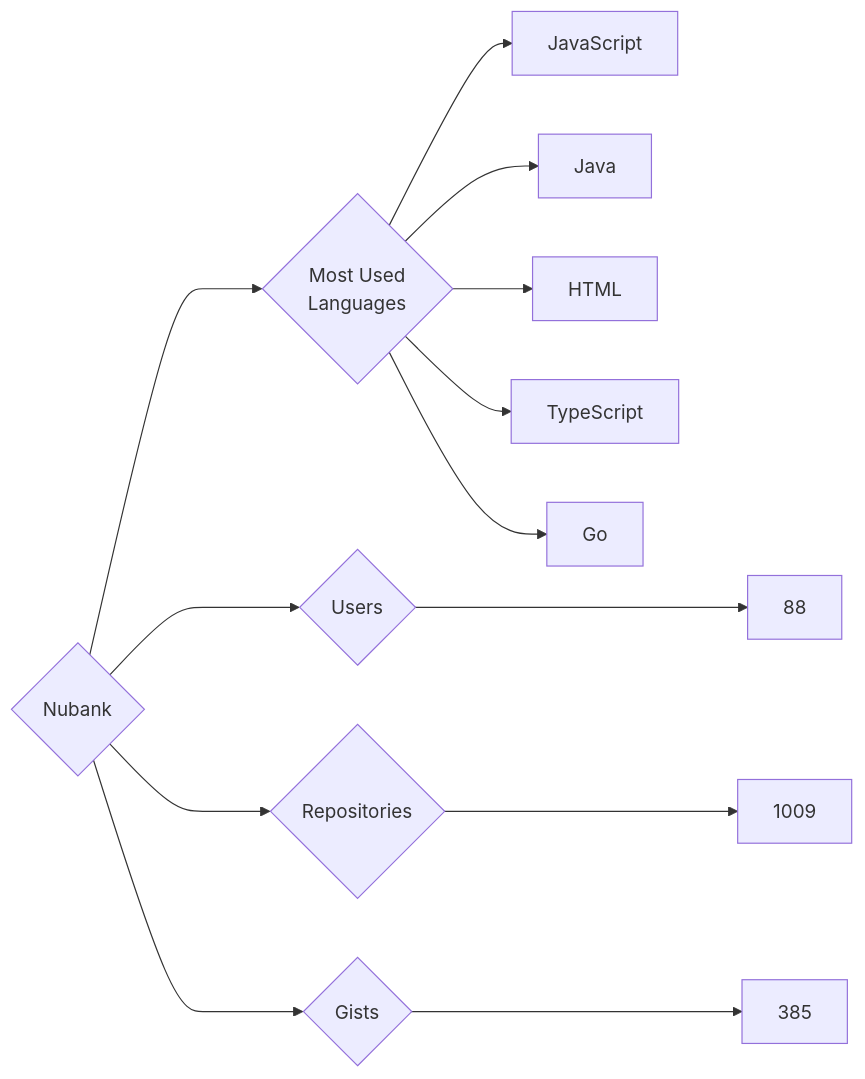
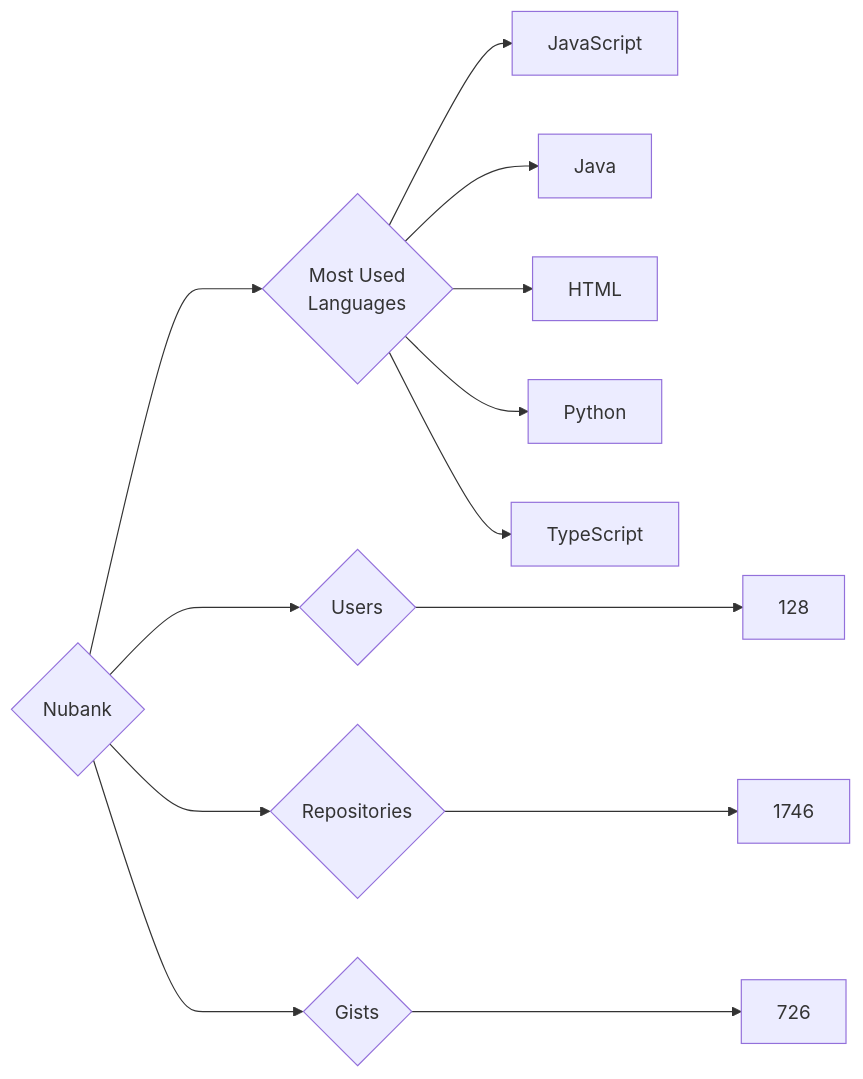
One commit to trickest/insiders changed the diagram in targets/Nubank/README.md. Above: the diagram before and after it, drawn with Mermaid. The commit also changed 748 other files, not shown here.

````diff
--- a/targets/Nubank/README.md
+++ b/targets/Nubank/README.md
@@ -3,13 +3,13 @@
 ```mermaid
 graph LR
 COMPANY_NAME{Nubank}
-COMPANY_NAME ---> U{Users} ---> UN[88]
-COMPANY_NAME ---> R{Repositories} ---> RN[1009]
-COMPANY_NAME ---> G{Gists} ---> GN[385]
+COMPANY_NAME ---> U{Users} ---> UN[128]
+COMPANY_NAME ---> R{Repositories} ---> RN[1746]
+COMPANY_NAME ---> G{Gists} ---> GN[726]
 COMPANY_NAME ---> ML{Most Used<br>Languages}
 ML --> JavaScript[JavaScript]
 ML --> Java[Java]
 ML --> HTML[HTML]
+ML --> Python[Python]
 ML --> TypeScript[TypeScript]
-ML --> Go[Go]
 ```
````
